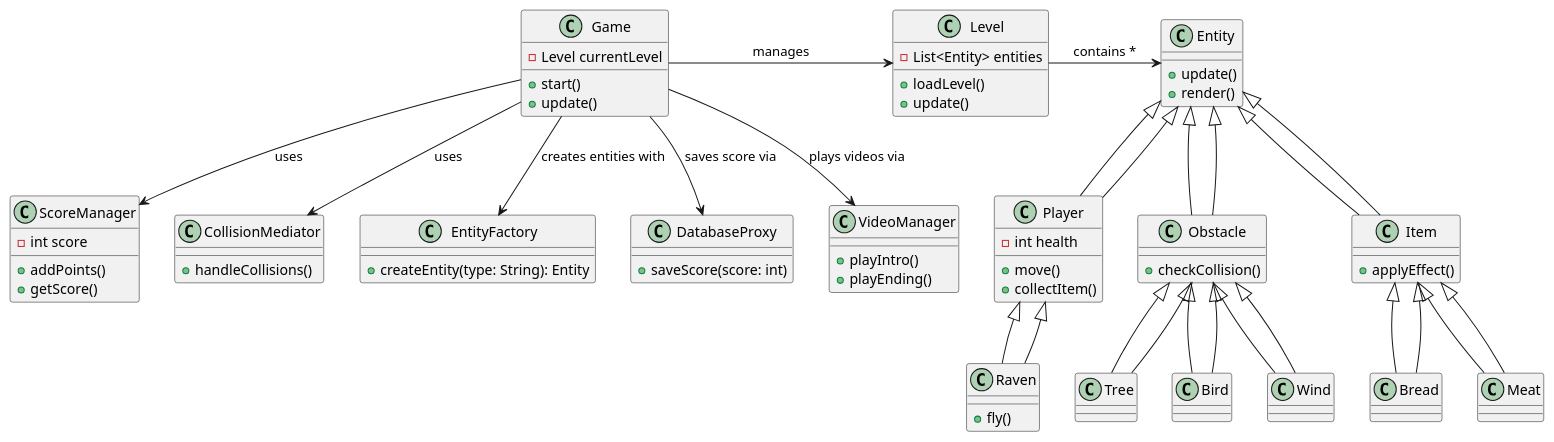
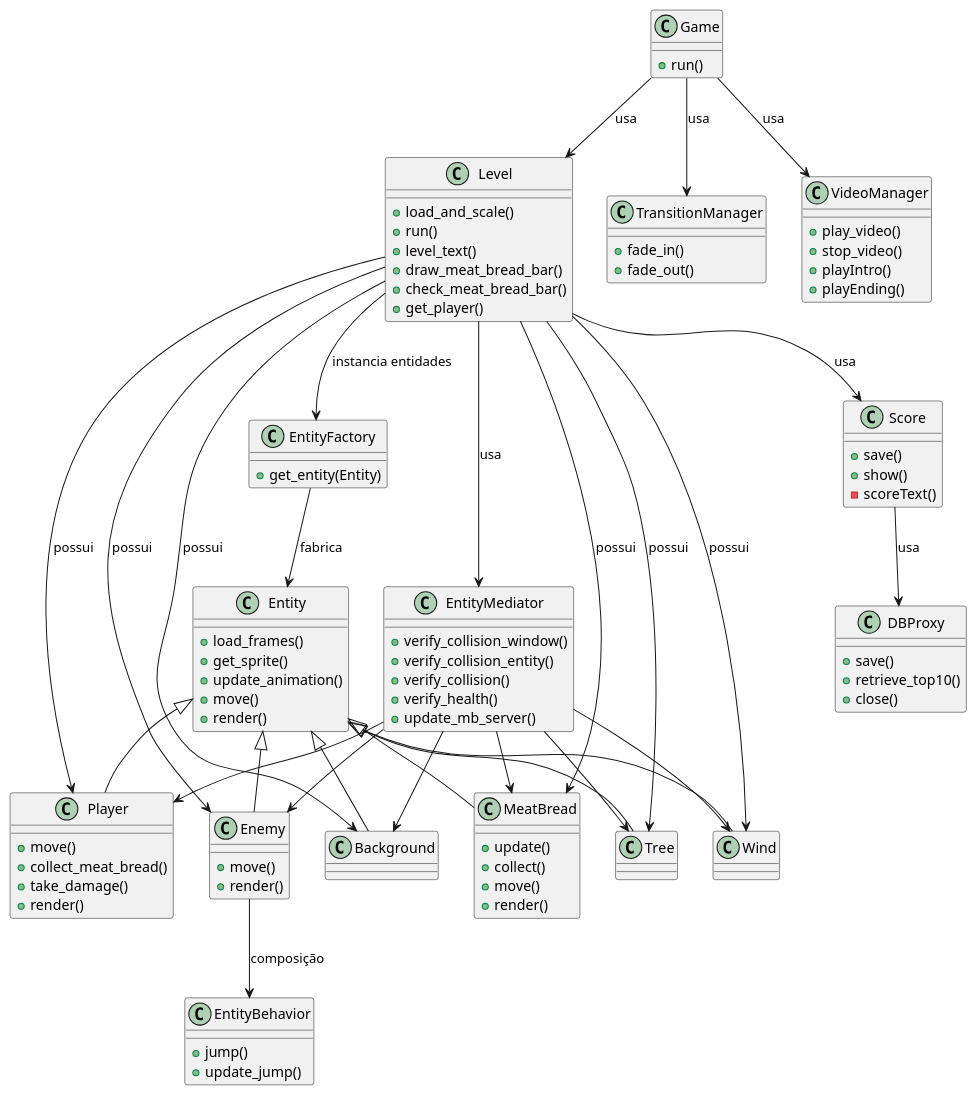
The diagram in elijahsriseUMLCode.puml (ranieriiuri/ElijahsRiseGame), drawn with PlantUML before and after one commit. The commit also changed 1 other file, not shown here.

Commit message:
.puml diagram updated

```diff
--- a/elijahsriseUMLCode.puml
+++ b/elijahsriseUMLCode.puml
@@ -1,85 +1,117 @@
 @startuml
 
 class Game {
-    - Level currentLevel
-    + start()
-    + update()
+    + run()
 }
 
 class Level {
-    - List<Entity> entities
-    + loadLevel()
-    + update()
+    + load_and_scale()
+    + run()
+    + level_text()
+    + draw_meat_bread_bar()
+    + check_meat_bread_bar()
+    + get_player()
 }
 
 class Entity {
-    + update()
+    + load_frames()
+    + get_sprite()
+    + update_animation()
+    + move()
     + render()
 }
 
 class Player extends Entity {
-    - int health
     + move()
-    + collectItem()
+    + collect_meat_bread()
+    + take_damage()
+    + render()
 }
 
-class Raven extends Player {
-    + fly()
+class Enemy extends Entity {
+    + move()
+    + render()
 }
 
-class Obstacle extends Entity {
-    + checkCollision()
+class Tree extends Entity {}
+class Wind extends Entity {}
+class Background extends Entity {}
+
+class MeatBread extends Entity {
+    + update()
+    + collect()
+    + move()
+    + render()
 }
 
-class Tree extends Obstacle {}
-class Bird extends Obstacle {}
-class Wind extends Obstacle {}
-
-class Item extends Entity {
-    + applyEffect()
+class Score {
+    + save()
+    + show()
+    - scoreText()
 }
 
-class Bread extends Item {}
-class Meat extends Item {}
-
-class ScoreManager {
-    - int score
-    + addPoints()
-    + getScore()
+class TransitionManager {
+    + fade_in()
+    + fade_out()
 }
 
-class CollisionMediator {
-    + handleCollisions()
-}
-
-class EntityFactory {
-    + createEntity(type: String): Entity
-}
-
-class DatabaseProxy {
-    + saveScore(score: int)
+class EntityMediator {
+    + verify_collision_window()
+    + verify_collision_entity()
+    + verify_collision()
+    + verify_health()
+    + update_mb_server()
 }
 
 class VideoManager {
+    + play_video()
+    + stop_video()
     + playIntro()
     + playEnding()
 }
 
-Game -> Level : manages
-Level -> Entity : contains *
-Player --|> Entity
-Raven --|> Player
-Obstacle --|> Entity
-Tree --|> Obstacle
-Bird --|> Obstacle
-Wind --|> Obstacle
-Item --|> Entity
-Bread --|> Item
-Meat --|> Item
-Game --> ScoreManager : uses
-Game --> CollisionMediator : uses
-Game --> EntityFactory : creates entities with
-Game --> DatabaseProxy : saves score via
-Game --> VideoManager : plays videos via
+class EntityFactory {
+    + get_entity(Entity)
+}
+
+class DBProxy {
+    + save()
+    + retrieve_top10()
+    + close()
+}
+
+class EntityBehavior {
+    + jump()
+    + update_jump()
+}
+
+' === Relações ===
+
+Game --> Level : usa
+Game --> VideoManager : usa
+Game --> TransitionManager : usa
+
+Level --> Player : possui
+Level --> EntityFactory : instancia entidades
+Level --> EntityMediator : usa
+Level --> Score : usa
+Level --> MeatBread : possui
+Level --> Tree : possui
+Level --> Enemy : possui
+Level --> Wind : possui
+Level --> Background : possui
+
+EntityFactory --> Entity : fabrica
+
+EntityMediator --> Background
+EntityMediator --> Player
+EntityMediator --> Enemy
+EntityMediator --> MeatBread
+EntityMediator --> Tree
+EntityMediator --> Wind
+
+Enemy --> EntityBehavior : composição
+
+Score --> DBProxy : usa
 
 @enduml
```
